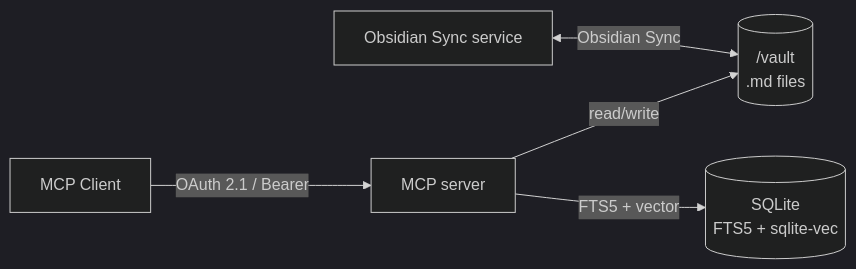
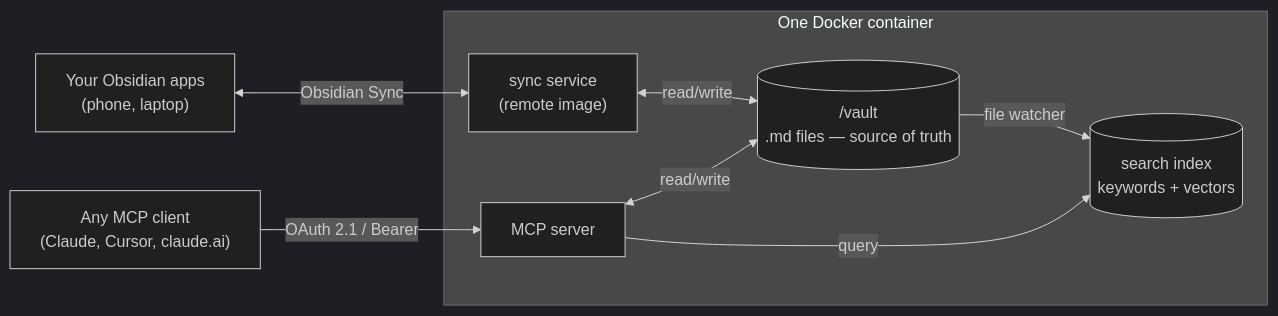
Before and after one commit to aliasunder/vault-cortex: the diagram in README.md, drawn with Mermaid (dark theme). The commit also changed other lines of this file, not shown here.

Commit message:
docs(readme): rewrite How It Works as a capability-led system overview (#395)

````diff
--- a/README.md
+++ b/README.md
@@ -164,7 +170,15 @@
 ```mermaid
 graph LR
-    Client["MCP Client"] -->|OAuth 2.1 / Bearer| Server["MCP server"]
-    Server -->|read/write| Vault[("/vault<br/>.md files")]
-    Server -->|FTS5 + vector| SQLite[("SQLite\nFTS5 + sqlite-vec")]
-    Sync["Obsidian Sync service"] <-->|Obsidian Sync| Vault
+    subgraph container ["One Docker container"]
+        Sync["sync service<br/>(remote image)"]
+        Vault[("/vault<br/>.md files — source of truth")]
+        Index[("search index<br/>keywords + vectors")]
+        Server["MCP server"]
+        Sync <-->|read/write| Vault
+        Vault -->|file watcher| Index
+        Server <-->|read/write| Vault
+        Server -->|query| Index
+    end
+    Obsidian["Your Obsidian apps<br/>(phone, laptop)"] <-->|Obsidian Sync| Sync
+    Client["Any MCP client<br/>(Claude, Cursor, claude.ai)"] -->|OAuth 2.1 / Bearer| Server
 ```
````
